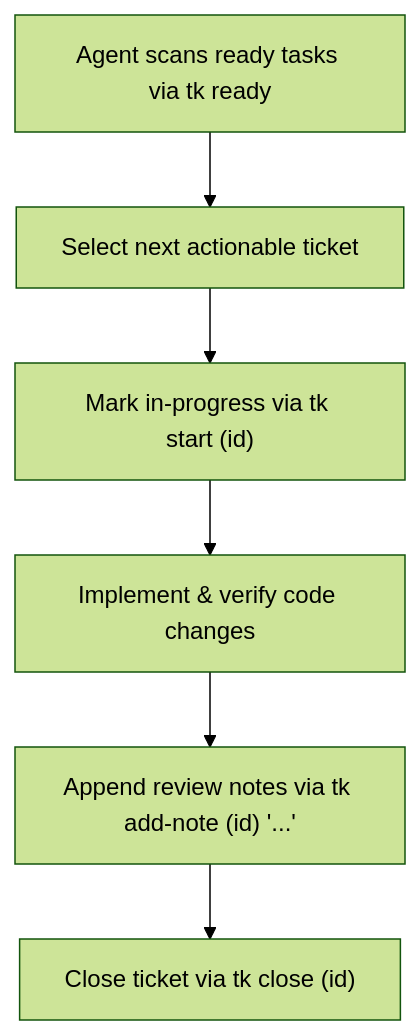
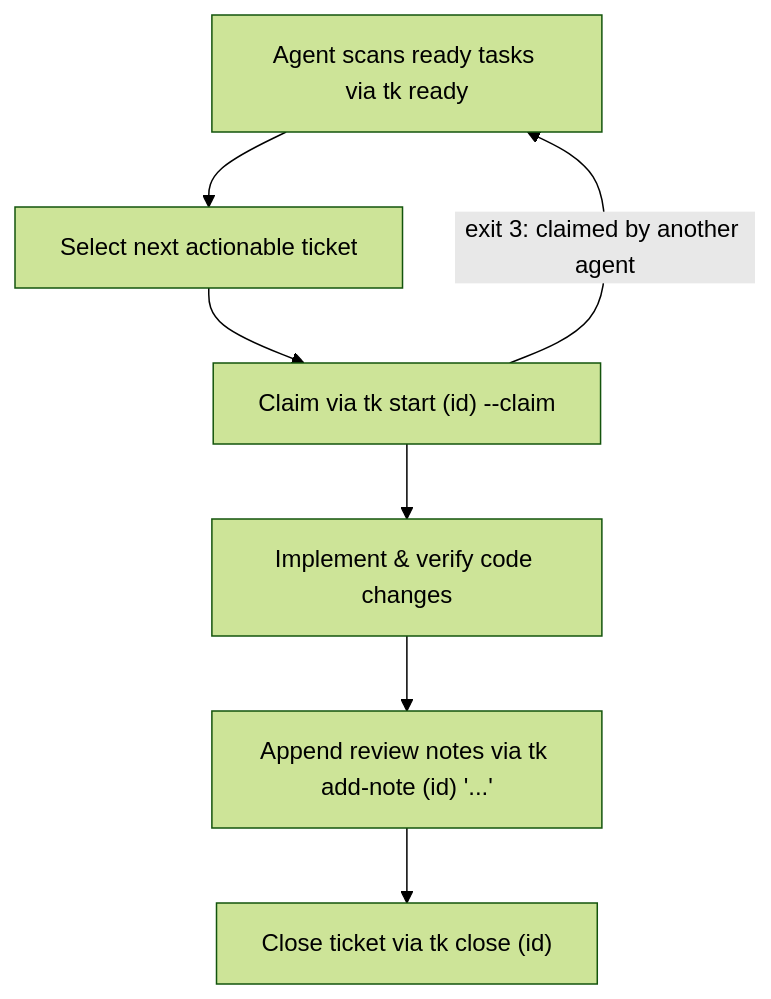
One commit to msampathkumar/ticket changed the diagram in docs/AGENTS.md. Above: the diagram before and after it, drawn with Mermaid (forest theme). The commit also changed other lines of this file and 6 other files, not shown here.

````diff
--- a/docs/AGENTS.md
+++ b/docs/AGENTS.md
@@ -18,8 +20,9 @@
 ```mermaid
 flowchart TD
     A["Agent scans ready tasks via tk ready"] --> B["Select next actionable ticket"]
-    B --> C["Mark in-progress via tk start (id)"]
+    B --> C["Claim via tk start (id) --claim"]
+    C -->|"exit 3: claimed by another agent"| A
     C --> D["Implement & verify code changes"]
     D --> E["Append review notes via tk add-note (id) '...'"]
     E --> F["Close ticket via tk close (id)"]
 ```
````
